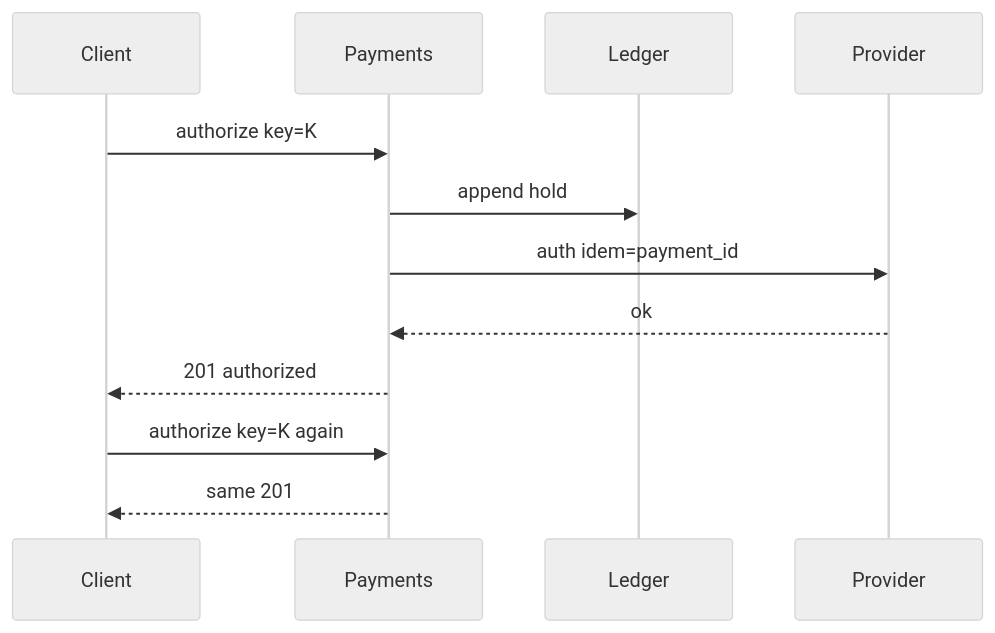
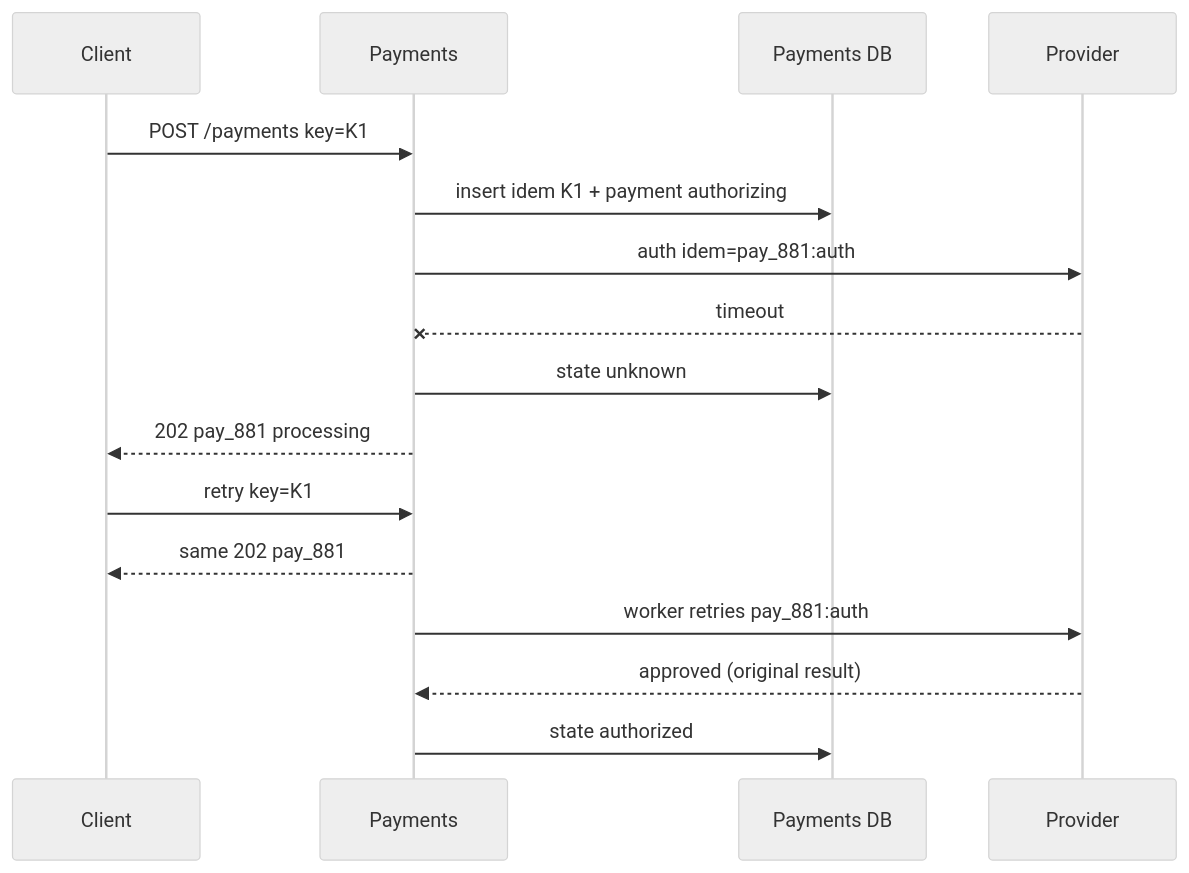
Before and after one commit to arunveersingh/faang-system-design-90-days: the first of 2 diagrams in days/65-payments.md, drawn with Mermaid (neutral theme). The commit also changed other lines of this file and 2 other files, not shown here.

Commit message:
Day 65: deepen payments below the attempt barrier (state machine with conditional transitions, two-layer idempotency keys, unknown + 202 + recovery worker with 24h provider-key deadline, guarded refunds, balanced ledger worked example, estimates); add Day 65 social drafts

````diff
--- a/days/65-payments.md
+++ b/days/65-payments.md
@@ -100,14 +130,18 @@
 ```mermaid
 sequenceDiagram
   participant C as Client
   participant P as Payments
-  participant L as Ledger
+  participant DB as Payments DB
   participant PSP as Provider
-  C->>P: authorize key=K
-  P->>L: append hold
-  P->>PSP: auth idem=payment_id
-  PSP-->>P: ok
-  P-->>C: 201 authorized
-  C->>P: authorize key=K again
-  P-->>C: same 201
+  C->>P: POST /payments key=K1
+  P->>DB: insert idem K1 + payment authorizing
+  P->>PSP: auth idem=pay_881:auth
+  PSP--xP: timeout
+  P->>DB: state unknown
+  P-->>C: 202 pay_881 processing
+  C->>P: retry key=K1
+  P-->>C: same 202 pay_881
+  P->>PSP: worker retries pay_881:auth
+  PSP-->>P: approved (original result)
+  P->>DB: state authorized
 ```
````
